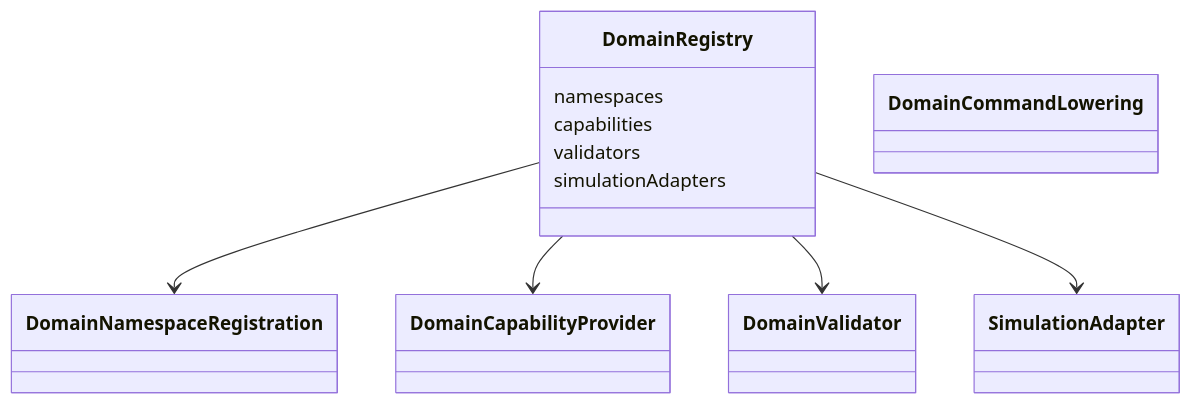
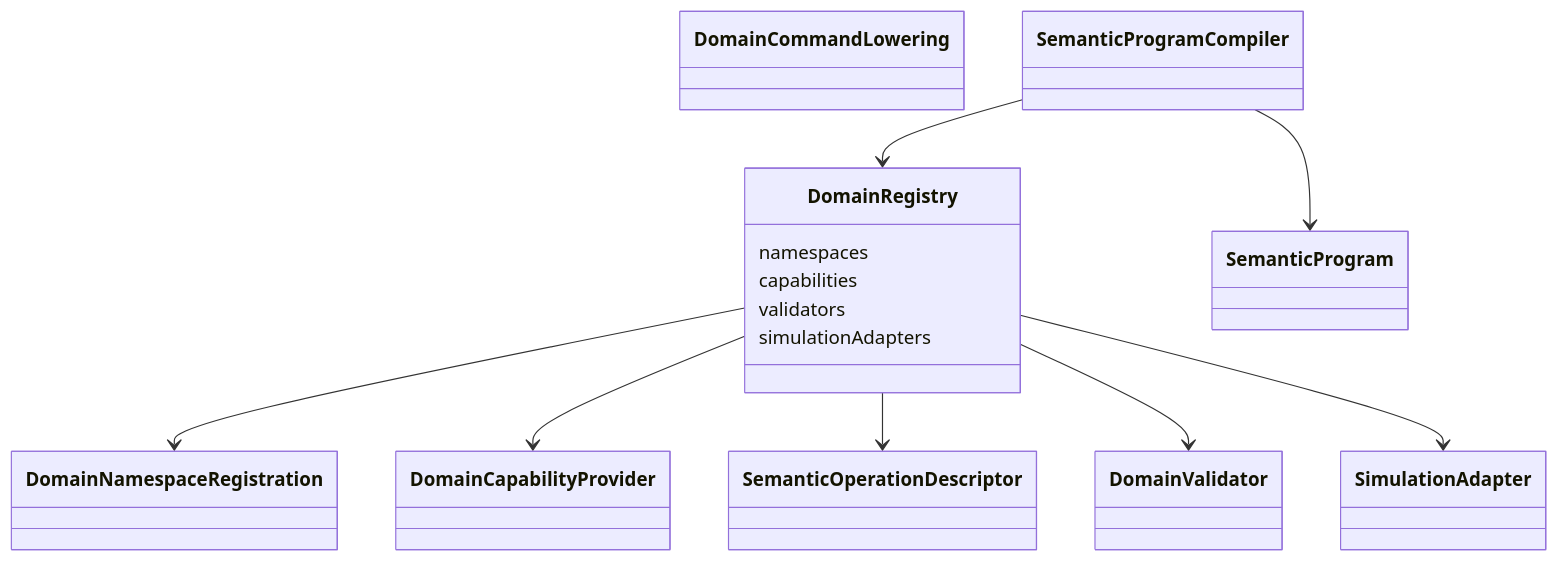
The third of 6 diagrams in Rupa/DOMAIN_FOUNDATION_DESIGN.md (1amageek/Rupa), drawn with Mermaid before and after one commit. The commit also changed other lines of this file and 17 other files, not shown here.

````diff
--- a/Rupa/DOMAIN_FOUNDATION_DESIGN.md
+++ b/Rupa/DOMAIN_FOUNDATION_DESIGN.md
@@ -187,18 +197,24 @@
 ```mermaid
 classDiagram
     class DomainRegistry {
       namespaces
       capabilities
       validators
       simulationAdapters
     }
     class DomainNamespaceRegistration
     class DomainCapabilityProvider
     class DomainCommandLowering
+    class SemanticOperationDescriptor
+    class SemanticProgram
+    class SemanticProgramCompiler
     class DomainValidator
     class SimulationAdapter
     DomainRegistry --> DomainNamespaceRegistration
     DomainRegistry --> DomainCapabilityProvider
+    DomainRegistry --> SemanticOperationDescriptor
+    SemanticProgramCompiler --> DomainRegistry
+    SemanticProgramCompiler --> SemanticProgram
     DomainRegistry --> DomainValidator
     DomainRegistry --> SimulationAdapter
 ```
````
